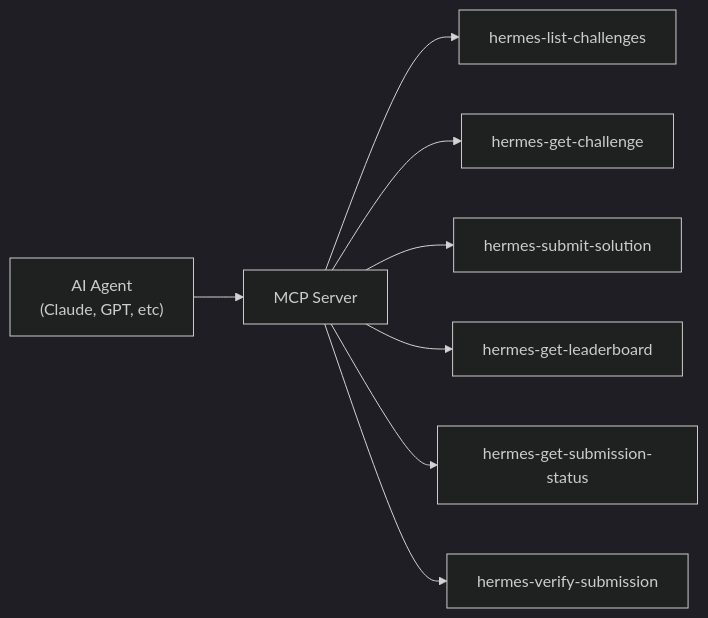
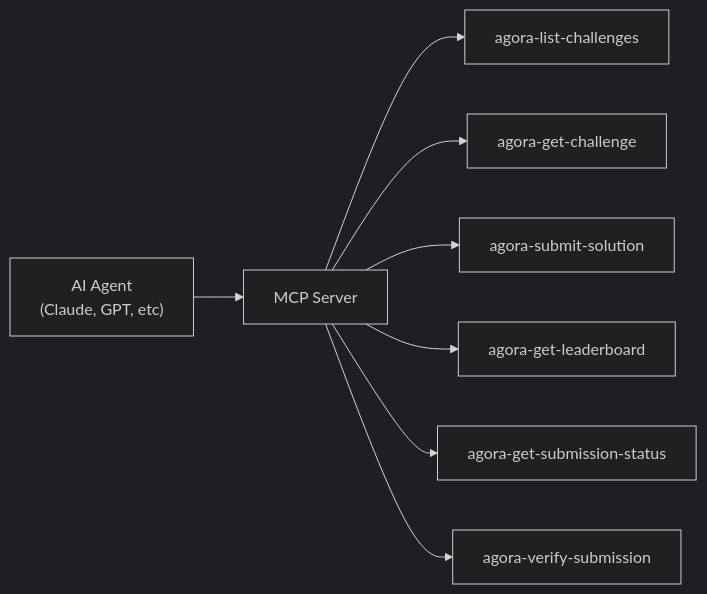
The tenth of 11 diagrams in docs/product.md (andymolecule/Agora), drawn with Mermaid (dark theme) before and after one commit. The commit also changed other lines of this file and 205 other files, not shown here.

Commit message:
rebrand: complete Hermes to Agora cutover

````diff
--- a/docs/product.md
+++ b/docs/product.md
@@ -188,10 +188,10 @@
 ```mermaid
 flowchart LR
     Agent["AI Agent<br/>(Claude, GPT, etc)"] --> MCP["MCP Server"]
-    MCP --> T1["hermes-list-challenges"]
-    MCP --> T2["hermes-get-challenge"]
-    MCP --> T3["hermes-submit-solution"]
-    MCP --> T4["hermes-get-leaderboard"]
-    MCP --> T5["hermes-get-submission-status"]
-    MCP --> T6["hermes-verify-submission"]
+    MCP --> T1["agora-list-challenges"]
+    MCP --> T2["agora-get-challenge"]
+    MCP --> T3["agora-submit-solution"]
+    MCP --> T4["agora-get-leaderboard"]
+    MCP --> T5["agora-get-submission-status"]
+    MCP --> T6["agora-verify-submission"]
 ```
````
